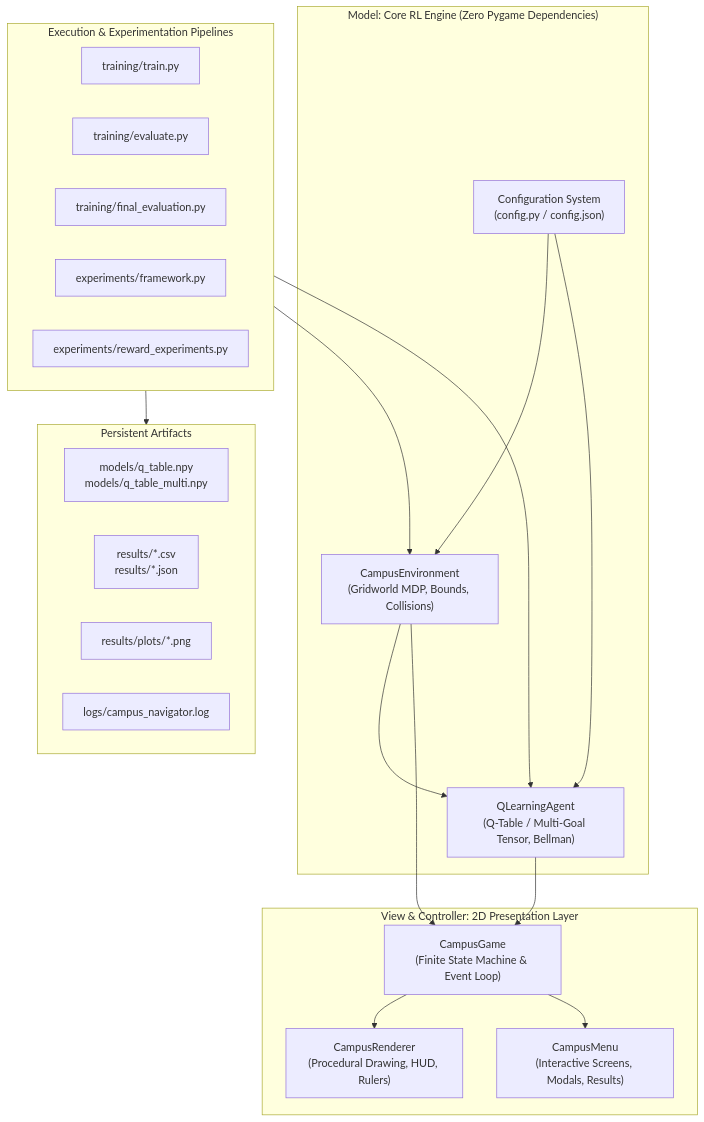
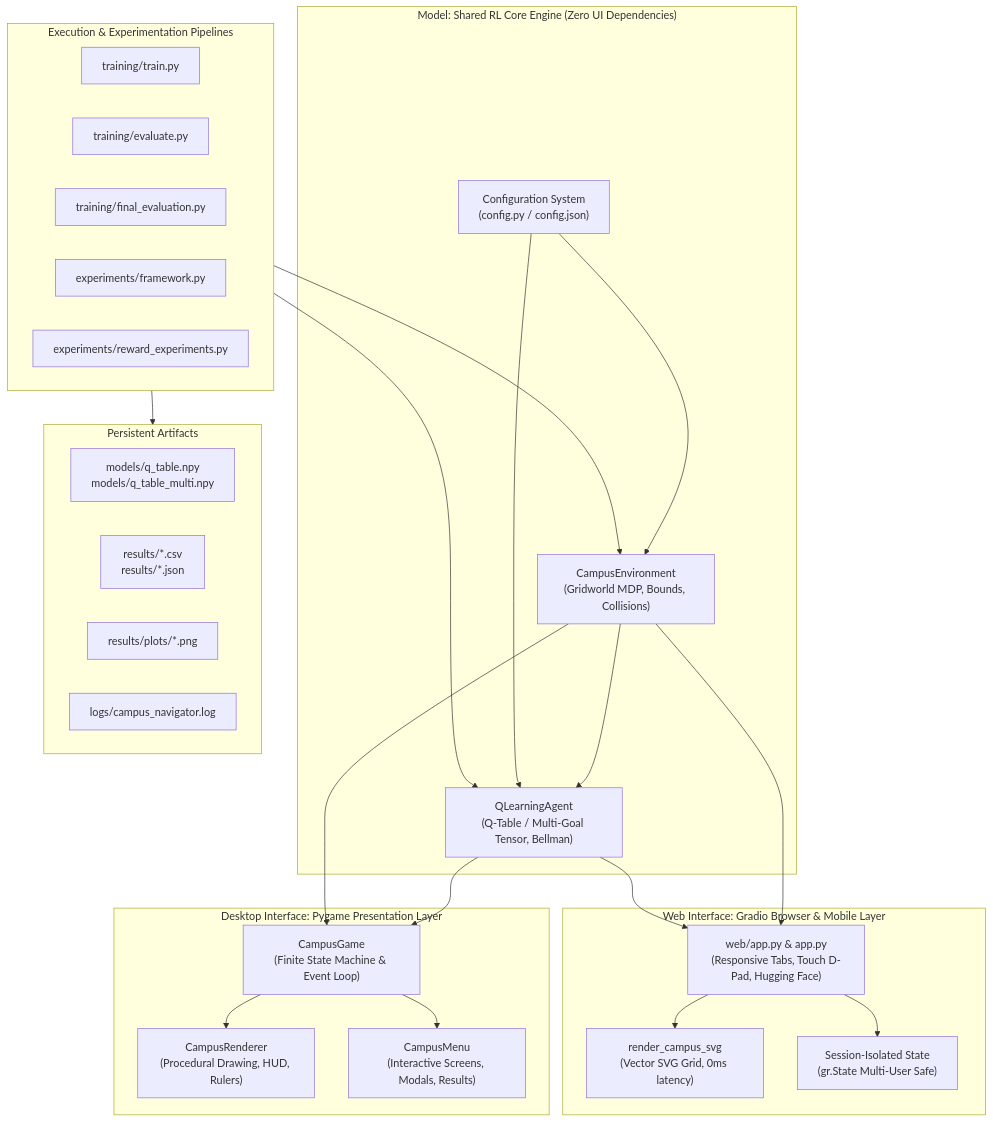
Before and after one commit to nagarajchittapur18-dev/Campus-Navigator: the first of 2 diagrams in README.md, drawn with Mermaid. The commit also changed other lines of this file and 13 other files, not shown here.

Commit message:
feat: add responsive web and mobile Gradio deployment with touch D-pad, HF Spaces support, and 86/86 verified tests

````diff
--- a/README.md
+++ b/README.md
@@ -116,40 +129,50 @@
 ```mermaid
 flowchart TD
-    subgraph CoreEngine ["Model: Core RL Engine (Zero Pygame Dependencies)"]
+    subgraph CoreEngine ["Model: Shared RL Core Engine (Zero UI Dependencies)"]
         Env["CampusEnvironment<br/>(Gridworld MDP, Bounds, Collisions)"]
         Agent["QLearningAgent<br/>(Q-Table / Multi-Goal Tensor, Bellman)"]
         Config["Configuration System<br/>(config.py / config.json)"]
     end
 
-    subgraph Presentation ["View & Controller: 2D Presentation Layer"]
+    subgraph Presentation ["Desktop Interface: Pygame Presentation Layer"]
         Game["CampusGame<br/>(Finite State Machine & Event Loop)"]
         Renderer["CampusRenderer<br/>(Procedural Drawing, HUD, Rulers)"]
         Menu["CampusMenu<br/>(Interactive Screens, Modals, Results)"]
+    end
+
+    subgraph WebInterface ["Web Interface: Gradio Browser & Mobile Layer"]
+        WebApp["web/app.py & app.py<br/>(Responsive Tabs, Touch D-Pad, Hugging Face)"]
+        WebSVG["render_campus_svg<br/>(Vector SVG Grid, 0ms latency)"]
+        WebState["Session-Isolated State<br/>(gr.State Multi-User Safe)"]
     end
 
     subgraph Pipelines ["Execution & Experimentation Pipelines"]
         TrainPipe["training/train.py"]
         EvalPipe["training/evaluate.py"]
         FinalEvalPipe["training/final_evaluation.py"]
         HorizonExp["experiments/framework.py"]
         RewardExp["experiments/reward_experiments.py"]
     end
 
     subgraph Storage ["Persistent Artifacts"]
         Weights["models/q_table.npy<br/>models/q_table_multi.npy"]
         Metrics["results/*.csv<br/>results/*.json"]
         Plots["results/plots/*.png"]
         Logs["logs/campus_navigator.log"]
     end
 
     Env --> Agent
     Config --> Env
     Config --> Agent
     Agent --> Game
     Env --> Game
     Game --> Renderer
     Game --> Menu
+    Env --> WebApp
+    Agent --> WebApp
+    WebApp --> WebSVG
+    WebApp --> WebState
     Pipelines --> Env
     Pipelines --> Agent
     Pipelines --> Storage
 ```
````
